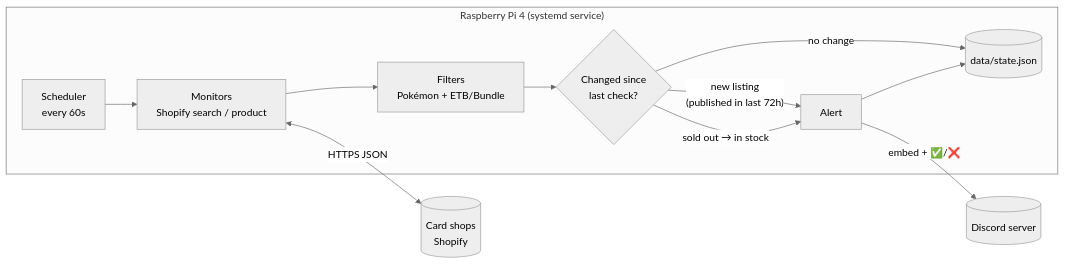
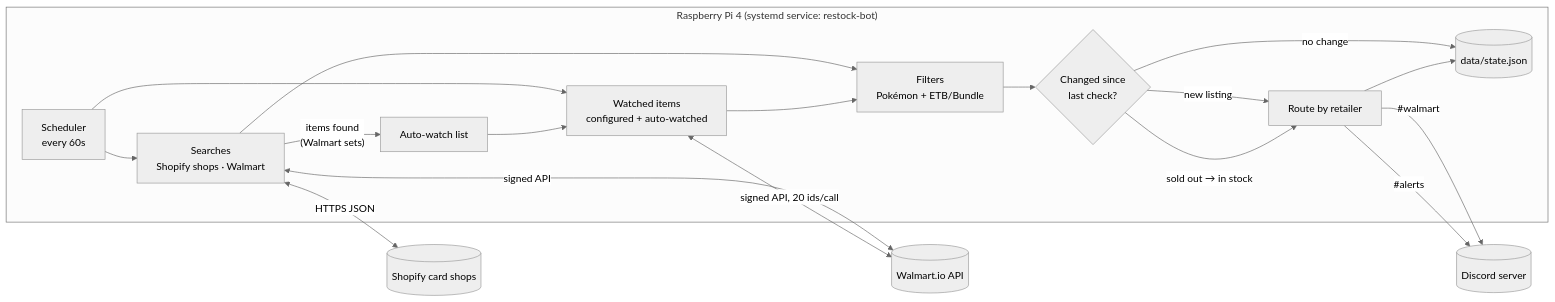
The diagram in README.md (alexjowilson/pokemon-restock-bot), drawn with Mermaid (neutral theme) before and after one commit. The commit also changed other lines of this file, not shown here.

First line of the commit message:
Rewrite README: how each pass works, Walmart layers and call budget, setup

````diff
--- a/README.md
+++ b/README.md
@@ -25,14 +30,21 @@
 ```mermaid
 flowchart LR
-    subgraph Pi["Raspberry Pi 4 (systemd service)"]
-        S[Scheduler<br/>every 60s] --> M[Monitors<br/>Shopify search / product]
-        M --> F[Filters<br/>Pokémon + ETB/Bundle]
+    subgraph Pi["Raspberry Pi 4 (systemd service: restock-bot)"]
+        S[Scheduler<br/>every 60s] --> SR[Searches<br/>Shopify shops · Walmart]
+        S --> PR[Watched items<br/>configured + auto-watched]
+        SR -- "items found<br/>(Walmart sets)" --> AW[Auto-watch list]
+        AW --> PR
+        SR --> F[Filters<br/>Pokémon + ETB/Bundle]
+        PR --> F
         F --> D{Changed since<br/>last check?}
-        D -- "new listing<br/>(published in last 72h)" --> A[Alert]
-        D -- "sold out → in stock" --> A
+        D -- "new listing" --> R[Route by retailer]
+        D -- "sold out → in stock" --> R
         D -- no change --> ST[(data/state.json)]
-        A --> ST
+        R --> ST
     end
-    M <-->|HTTPS JSON| Shops[(Card shops<br/>Shopify)]
-    A -->|embed + ✅/❌| Discord[(Discord server)]
+    SR <-->|HTTPS JSON| Shops[(Shopify card shops)]
+    SR <-->|signed API| WM[(Walmart.io API)]
+    PR <-->|signed API, 20 ids/call| WM
+    R -->|"#walmart"| Discord[(Discord server)]
+    R -->|"#alerts"| Discord
 ```
````
